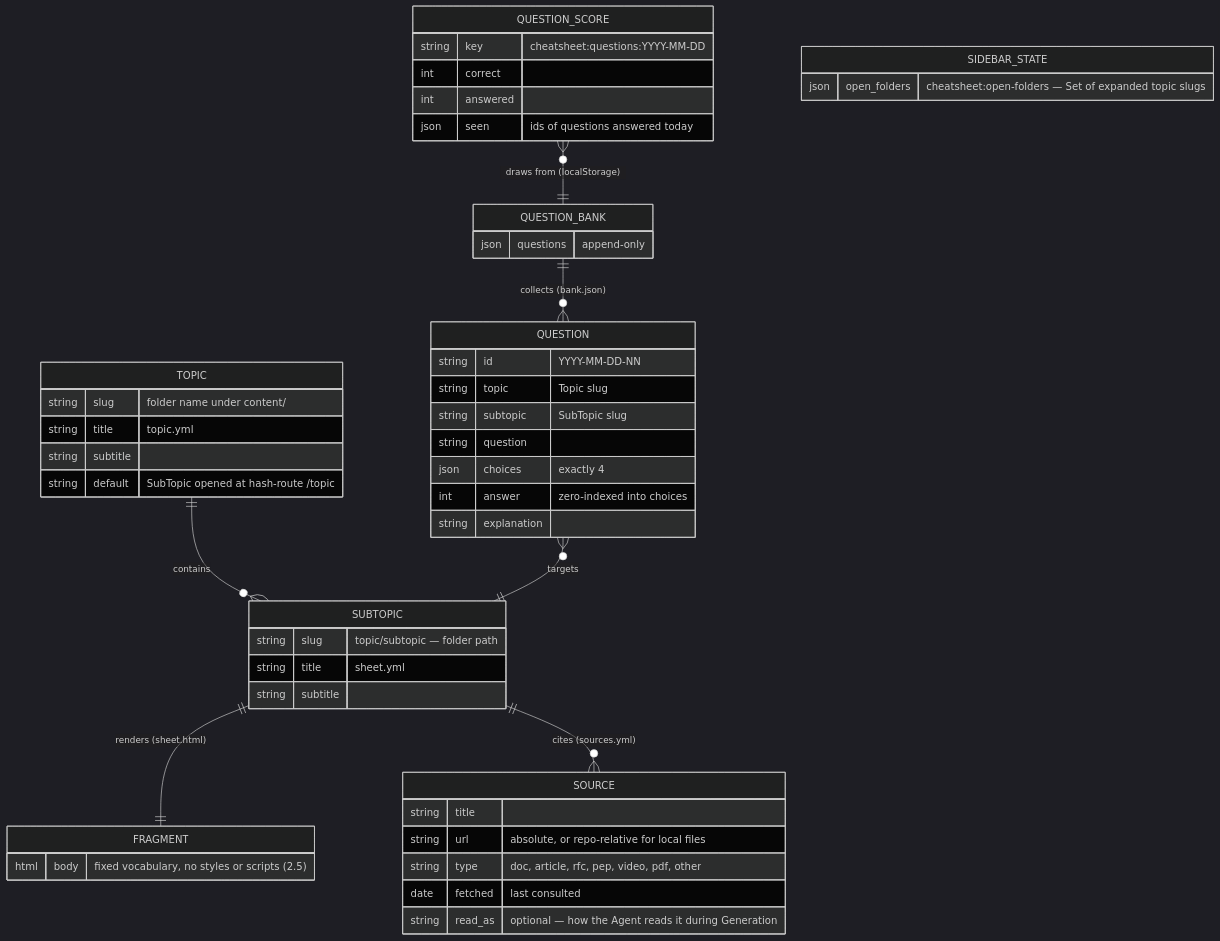
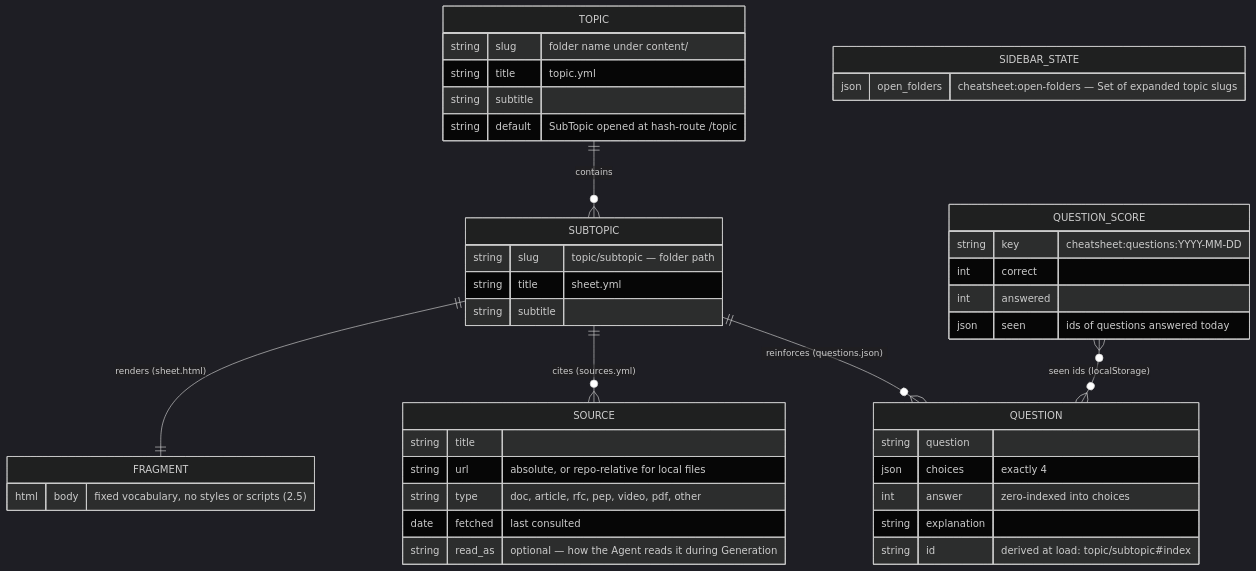
One commit to Povaz/cheatsheets changed the second of 6 diagrams in docs/hldd/hldd.md. Above: the diagram before and after it, drawn with Mermaid (dark theme). The commit also changed other lines of this file and 22 other files, not shown here.

First line of the commit message:
feat(questions): per-Sheet questions.json — central Bank retired

````diff
--- a/docs/hldd/hldd.md
+++ b/docs/hldd/hldd.md
@@ -98,52 +98,46 @@
 ```mermaid
 erDiagram
     TOPIC ||--o{ SUBTOPIC : contains
     SUBTOPIC ||--|| FRAGMENT : "renders (sheet.html)"
     SUBTOPIC ||--o{ SOURCE : "cites (sources.yml)"
-    QUESTION_BANK ||--o{ QUESTION : "collects (bank.json)"
-    QUESTION }o--|| SUBTOPIC : targets
-    QUESTION_SCORE }o--|| QUESTION_BANK : "draws from (localStorage)"
+    SUBTOPIC ||--o{ QUESTION : "reinforces (questions.json)"
+    QUESTION_SCORE }o--o{ QUESTION : "seen ids (localStorage)"
 
     TOPIC {
         string slug "folder name under content/"
         string title "topic.yml"
         string subtitle
         string default "SubTopic opened at hash-route /topic"
     }
     SUBTOPIC {
         string slug "topic/subtopic — folder path"
         string title "sheet.yml"
         string subtitle
     }
     FRAGMENT {
         html body "fixed vocabulary, no styles or scripts (2.5)"
     }
     SOURCE {
         string title
         string url "absolute, or repo-relative for local files"
         string type "doc, article, rfc, pep, video, pdf, other"
         date fetched "last consulted"
         string read_as "optional — how the Agent reads it during Generation"
     }
     QUESTION {
-        string id "YYYY-MM-DD-NN"
-        string topic "Topic slug"
-        string subtopic "SubTopic slug"
         string question
         json choices "exactly 4"
         int answer "zero-indexed into choices"
         string explanation
-    }
-    QUESTION_BANK {
-        json questions "append-only"
+        string id "derived at load: topic/subtopic#index"
     }
     QUESTION_SCORE {
         string key "cheatsheet:questions:YYYY-MM-DD"
         int correct
         int answered
         json seen "ids of questions answered today"
     }
     SIDEBAR_STATE {
         json open_folders "cheatsheet:open-folders — Set of expanded topic slugs"
     }
 ```
````
